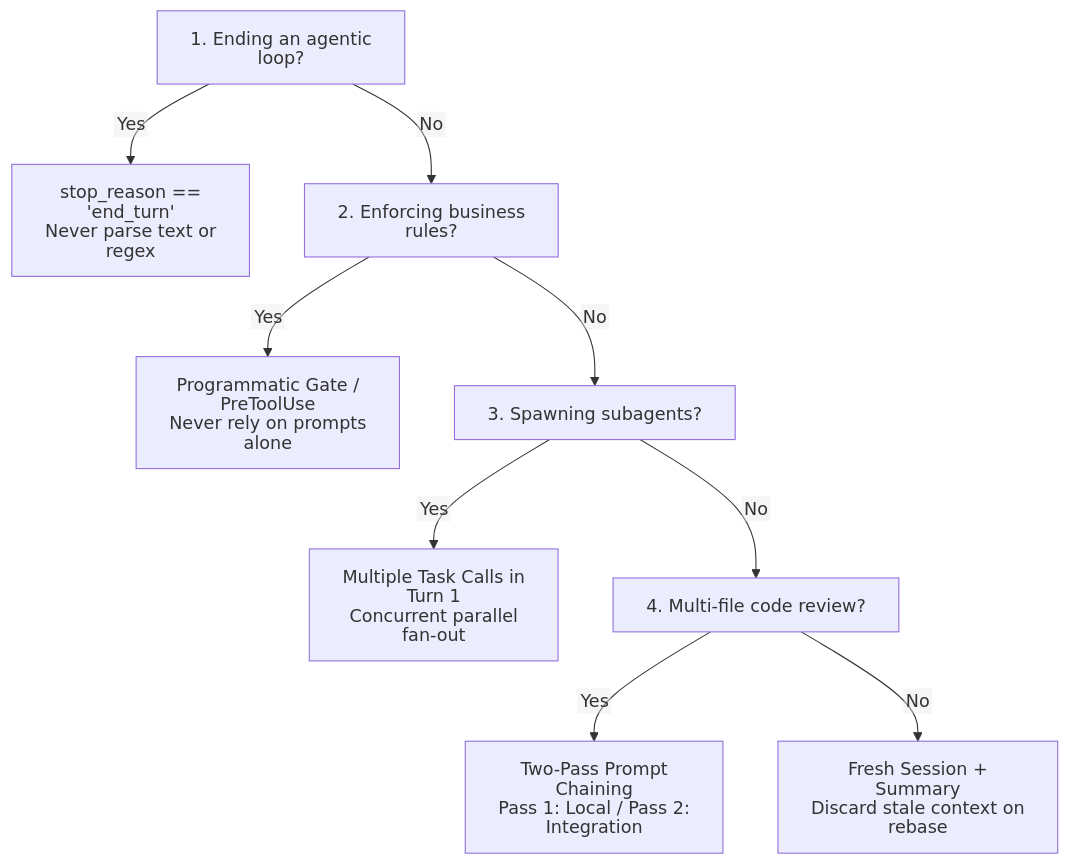
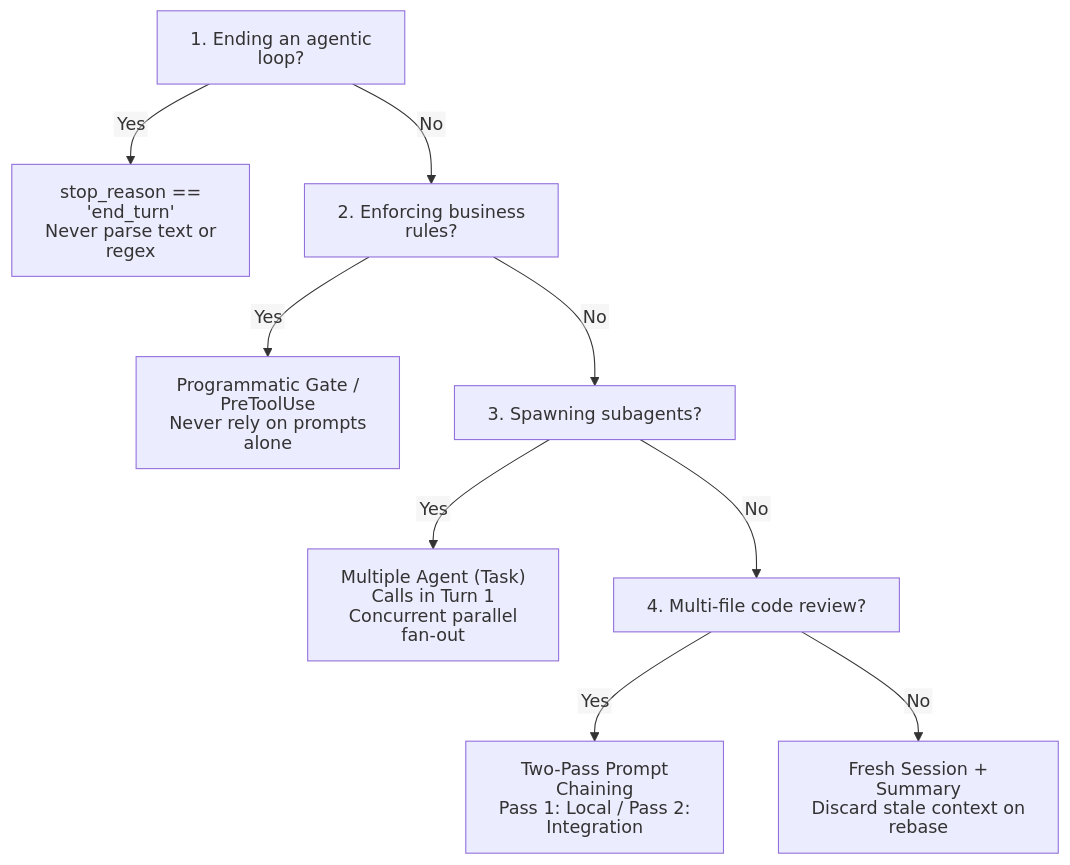
Before and after one commit to dip4k/claude_cert_architect_foundation_prep: the seventh of 7 diagrams in domain1/KEY_CONCEPTS.md, drawn with Mermaid. The commit also changed other lines of this file and 56 other files, not shown here.

Commit message:
docs: improve beginner clarity, flow, Mermaid compliance across domains and expand EXAM_REFRESHER to all 30 TS

````diff
--- a/domain1/KEY_CONCEPTS.md
+++ b/domain1/KEY_CONCEPTS.md
@@ -713,15 +713,15 @@
 ```mermaid
 ---
 config:
   htmlLabels: false
 ---
 flowchart TD
     Q1["1. Ending an agentic loop?"] -->|"Yes"| A1["stop_reason == 'end_turn'<br>Never parse text or regex"]
     Q1 -->|"No"| Q2["2. Enforcing business rules?"]
     Q2 -->|"Yes"| A2["Programmatic Gate / PreToolUse<br>Never rely on prompts alone"]
     Q2 -->|"No"| Q3["3. Spawning subagents?"]
-    Q3 -->|"Yes"| A3["Multiple Task Calls in Turn 1<br>Concurrent parallel fan-out"]
+    Q3 -->|"Yes"| A3["Multiple Agent (Task) Calls in Turn 1<br>Concurrent parallel fan-out"]
     Q3 -->|"No"| Q4["4. Multi-file code review?"]
     Q4 -->|"Yes"| A4["Two-Pass Prompt Chaining<br>Pass 1: Local / Pass 2: Integration"]
     Q4 -->|"No"| A5["Fresh Session + Summary<br>Discard stale context on rebase"]
 ```
````
